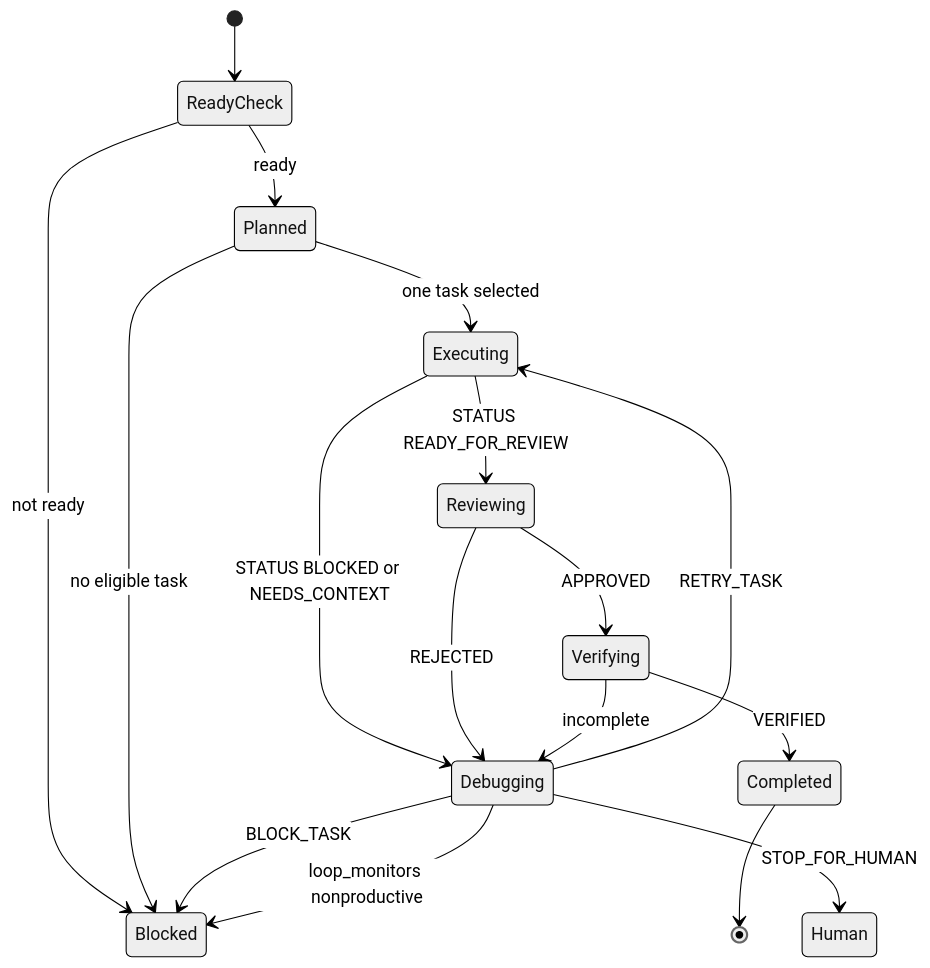
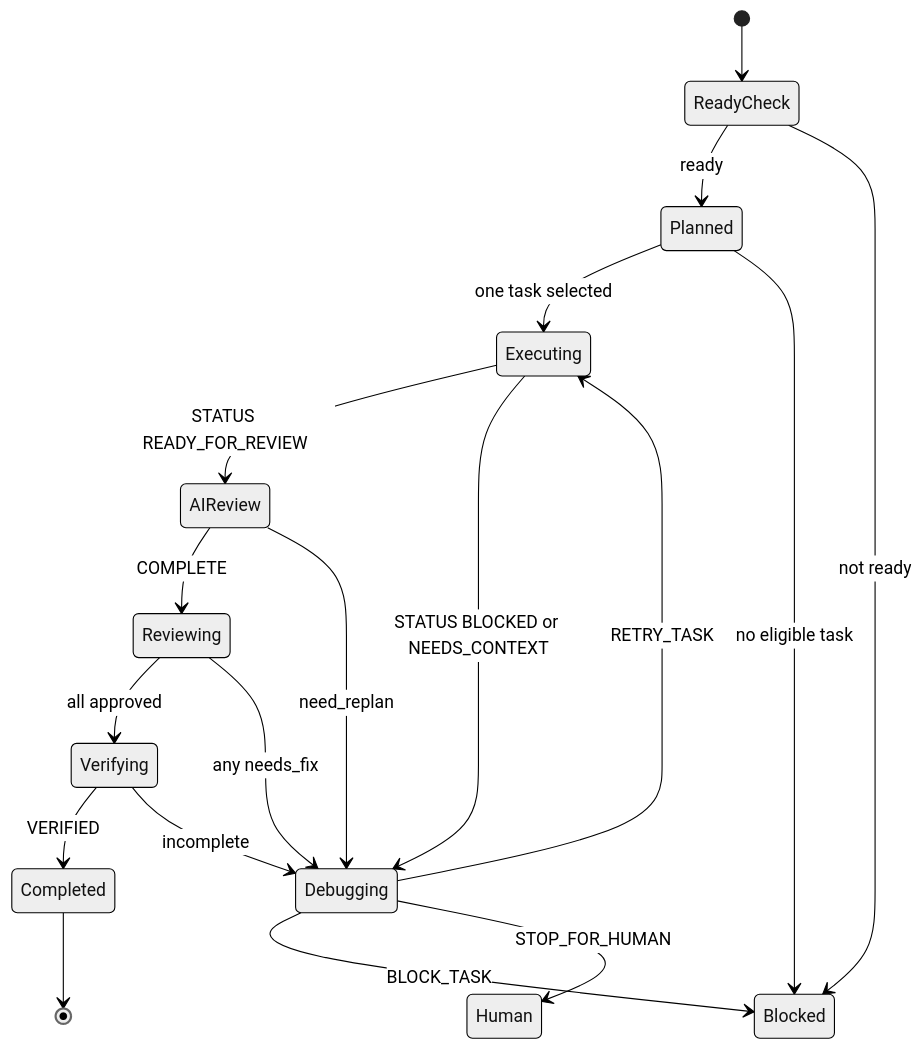
Before and after one commit to j5ik2o/takt-sdd: the fourth of 4 diagrams in .kiro/specs/kiro-iterative-implementation-workflow/design.md, drawn with Mermaid (neutral theme). The commit also changed other lines of this file and 22 other files, not shown here.

````diff
--- a/.kiro/specs/kiro-iterative-implementation-workflow/design.md
+++ b/.kiro/specs/kiro-iterative-implementation-workflow/design.md
@@ -246,19 +221,20 @@
 ```mermaid
 stateDiagram-v2
     [*] --> ReadyCheck
+    ReadyCheck --> Planned: ready
     ReadyCheck --> Blocked: not ready
-    ReadyCheck --> Planned: ready
     Planned --> Executing: one task selected
     Planned --> Blocked: no eligible task
-    Executing --> Reviewing: STATUS READY_FOR_REVIEW
+    Executing --> AIReview: STATUS READY_FOR_REVIEW
     Executing --> Debugging: STATUS BLOCKED or NEEDS_CONTEXT
-    Reviewing --> Verifying: APPROVED
-    Reviewing --> Debugging: REJECTED
+    AIReview --> Reviewing: COMPLETE
+    AIReview --> Debugging: need_replan
+    Reviewing --> Verifying: all approved
+    Reviewing --> Debugging: any needs_fix
     Debugging --> Executing: RETRY_TASK
     Debugging --> Blocked: BLOCK_TASK
     Debugging --> Human: STOP_FOR_HUMAN
-    Debugging --> Blocked: loop_monitors nonproductive
     Verifying --> Completed: VERIFIED
     Verifying --> Debugging: incomplete
     Completed --> [*]
 ```
````
